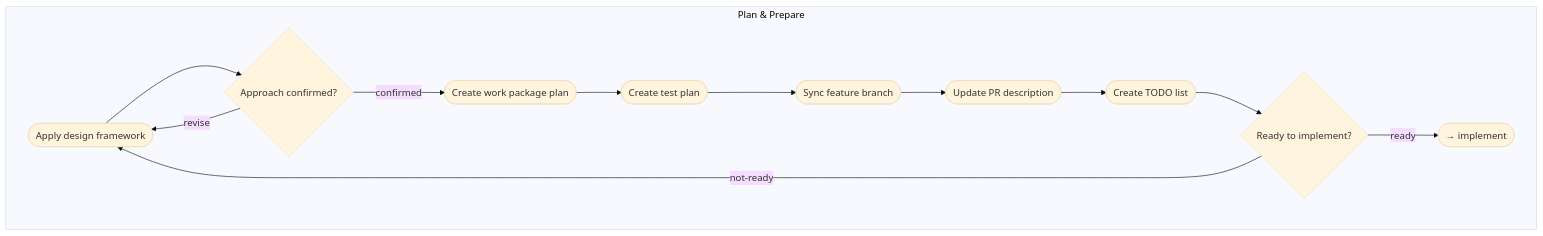
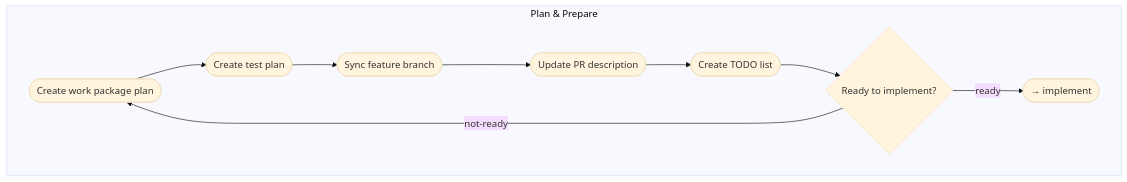
Before and after one commit to m2ux/workflow-server: the seventh of 13 diagrams in work-package/README.md, drawn with Mermaid (base theme). The commit also changed other lines of this file and 12 other files, not shown here.

````diff
--- a/work-package/README.md
+++ b/work-package/README.md
@@ -232,20 +272,15 @@
 ```mermaid
 graph TD
     subgraph plan-prepare[Plan & Prepare]
-        p1([Apply design framework])
-        p2([Create work package plan])
-        p3([Create test plan])
-        p4([Sync feature branch])
-        p5([Update PR description])
-        p6([Create TODO list])
-        cp1{Approach confirmed?}
-        cp2{Ready to implement?}
+        p1([Create work package plan])
+        p2([Create test plan])
+        p3([Sync feature branch])
+        p4([Update PR description])
+        p5([Create TODO list])
+        cp1{Ready to implement?}
         
-        p1 --> cp1
-        cp1 -->|confirmed| p2
-        cp1 -->|revise| p1
-        p2 --> p3 --> p4 --> p5 --> p6 --> cp2
-        cp2 -->|ready| Next([→ implement])
-        cp2 -->|not-ready| p1
+        p1 --> p2 --> p3 --> p4 --> p5 --> cp1
+        cp1 -->|ready| Next([→ implement])
+        cp1 -->|not-ready| p1
     end
 ```
````
